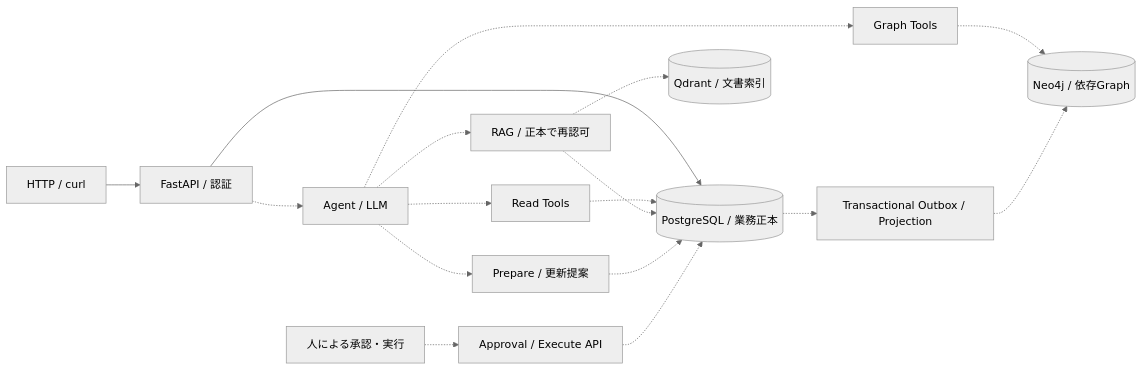
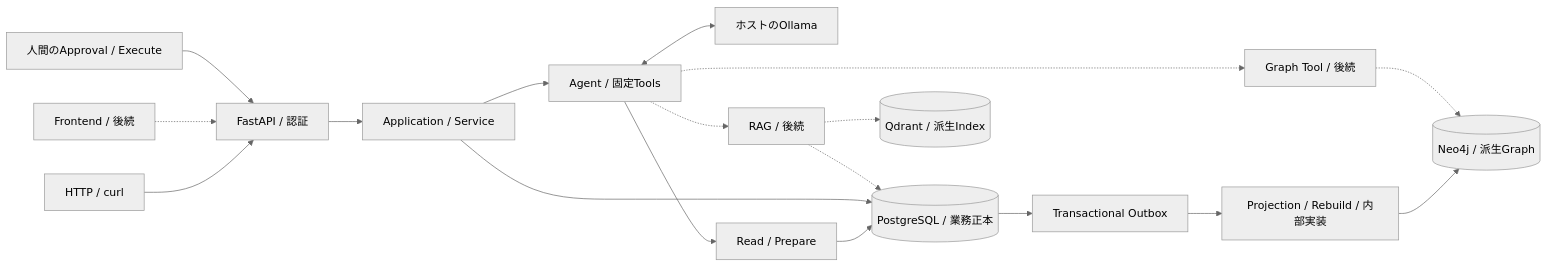
Before and after one commit to philippos2/line-scope: the diagram in README.md, drawn with Mermaid (neutral theme). The commit also changed other lines of this file and 7 other files, not shown here.

````diff
--- a/README.md
+++ b/README.md
@@ -39,19 +30,20 @@
 ```mermaid
 flowchart LR
-    Client[HTTP / curl] --> API[FastAPI / 認証]
-    API --> PG[(PostgreSQL / 業務正本)]
-    API -.-> Agent[Agent / LLM]
-    Agent -.-> Read[Read Tools]
-    Read -.-> PG
-    Agent -.-> Graph[Graph Tools]
-    Graph -.-> Neo4j[(Neo4j / 依存Graph)]
-    Agent -.-> RAG[RAG / 正本で再認可]
-    RAG -.-> Qdrant[(Qdrant / 文書索引)]
+    Curl[HTTP / curl] --> API[FastAPI / 認証]
+    UI[Frontend / 後続] -.-> API
+    API --> App[Application / Service]
+    App --> Agent[Agent / 固定Tools]
+    Agent <--> LLM[ホストのOllama]
+    Agent --> Read[Read / Prepare]
+    Read --> PG[(PostgreSQL / 業務正本)]
+    Human[人間のApproval / Execute] --> API
+    App --> PG
+    PG --> Outbox[Transactional Outbox]
+    Outbox --> Projection[Projection / Rebuild / 内部実装]
+    Projection --> Neo4j[(Neo4j / 派生Graph)]
+    Agent -.-> Graph[Graph Tool / 後続]
+    Graph -.-> Neo4j
+    Agent -.-> RAG[RAG / 後続]
+    RAG -.-> Qdrant[(Qdrant / 派生Index)]
     RAG -.-> PG
-    Agent -.-> Prepare[Prepare / 更新提案]
-    Prepare -.-> PG
-    Human[人による承認・実行] -.-> Update[Approval / Execute API]
-    Update -.-> PG
-    PG -.-> Outbox[Transactional Outbox / Projection]
-    Outbox -.-> Neo4j
 ```
````
